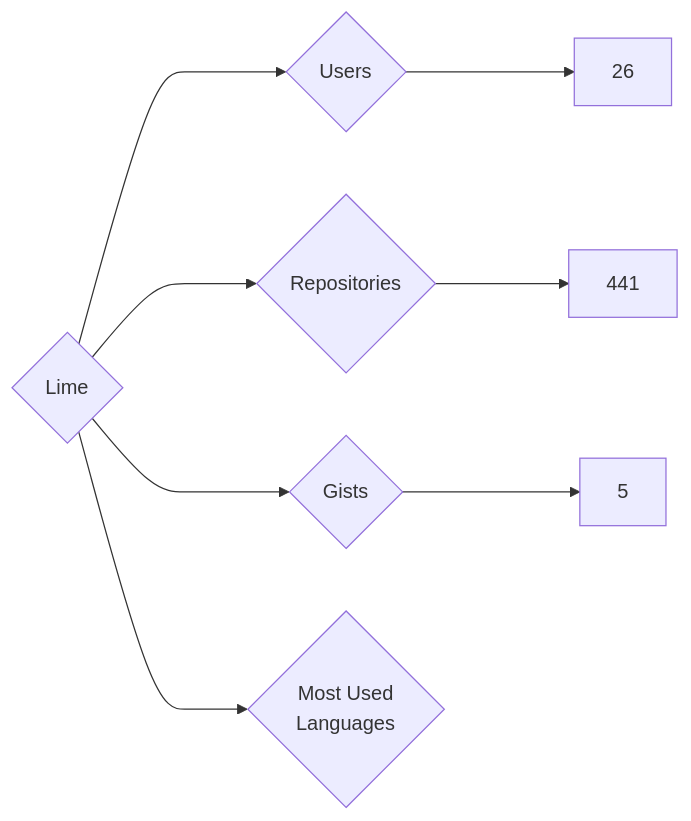
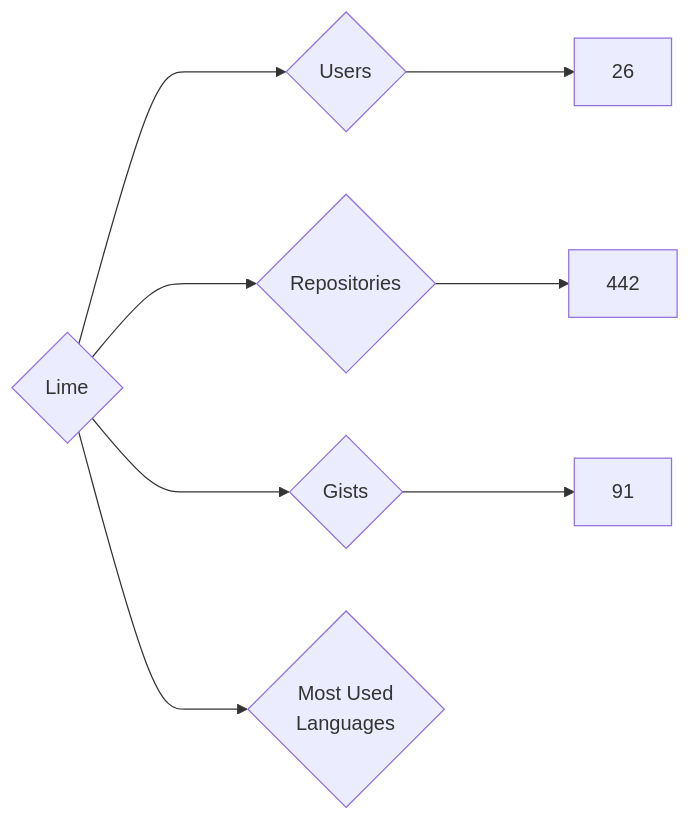
Before and after one commit to nenadzaric/insiders: the diagram in targets/Lime/README.md, drawn with Mermaid. The commit also changed 1342 other files, not shown here.

````diff
--- a/targets/Lime/README.md
+++ b/targets/Lime/README.md
@@ -3,8 +3,8 @@
 ```mermaid
 graph LR
 COMPANY_NAME{Lime}
 COMPANY_NAME ---> U{Users} ---> UN[26]
-COMPANY_NAME ---> R{Repositories} ---> RN[441]
-COMPANY_NAME ---> G{Gists} ---> GN[5]
+COMPANY_NAME ---> R{Repositories} ---> RN[442]
+COMPANY_NAME ---> G{Gists} ---> GN[91]
 COMPANY_NAME ---> ML{Most Used<br>Languages}
 ```
````
